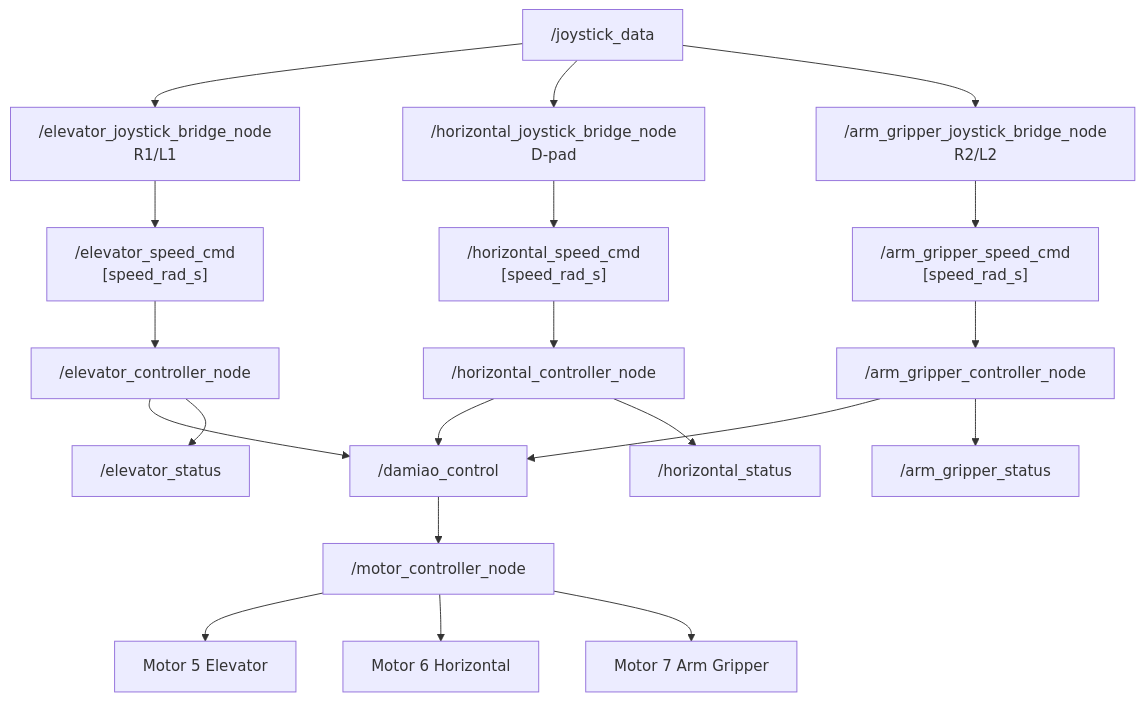
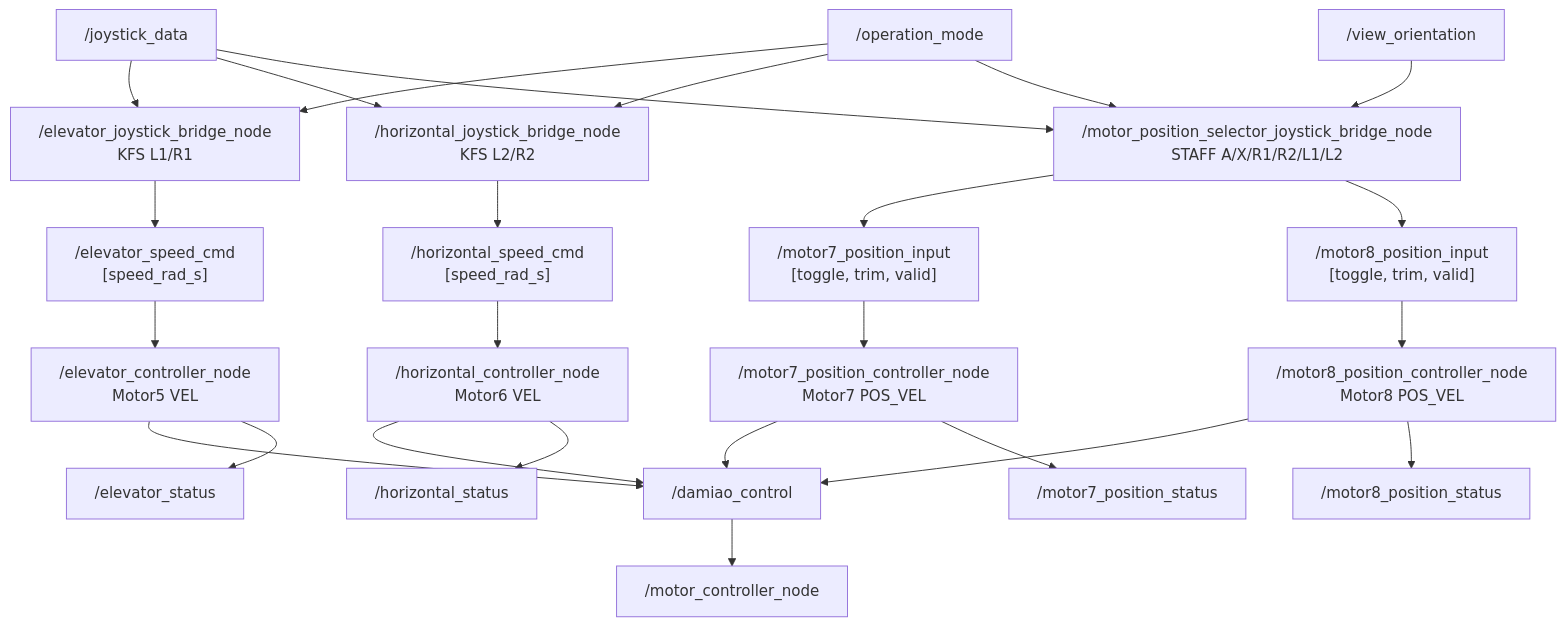
The third of 11 diagrams in NODE_GRAPH.md (herolch07/joystck_controller), drawn with Mermaid before and after one commit. The commit also changed other lines of this file and 18 other files, not shown here.

````diff
--- a/NODE_GRAPH.md
+++ b/NODE_GRAPH.md
@@ -106,36 +123,45 @@
 ```mermaid
 flowchart TD
     Joy["/joystick_data"]
+    Mode["/operation_mode"]
+    View["/view_orientation"]
 
-    EBridge["/elevator_joystick_bridge_node<br/>R1/L1"]
+    EBridge["/elevator_joystick_bridge_node<br/>KFS L1/R1"]
     ECmd["/elevator_speed_cmd<br/>[speed_rad_s]"]
-    ECtrl["/elevator_controller_node"]
+    ECtrl["/elevator_controller_node<br/>Motor5 VEL"]
     EStatus["/elevator_status"]
-    M5["Motor 5 Elevator"]
 
-    HBridge["/horizontal_joystick_bridge_node<br/>D-pad"]
+    HBridge["/horizontal_joystick_bridge_node<br/>KFS L2/R2"]
     HCmd["/horizontal_speed_cmd<br/>[speed_rad_s]"]
-    HCtrl["/horizontal_controller_node"]
+    HCtrl["/horizontal_controller_node<br/>Motor6 VEL"]
     HStatus["/horizontal_status"]
-    M6["Motor 6 Horizontal"]
 
-    GBridge["/arm_gripper_joystick_bridge_node<br/>R2/L2"]
-    GCmd["/arm_gripper_speed_cmd<br/>[speed_rad_s]"]
-    GCtrl["/arm_gripper_controller_node"]
-    GStatus["/arm_gripper_status"]
-    M7["Motor 7 Arm Gripper"]
+    PosBridge["/motor_position_selector_joystick_bridge_node<br/>STAFF A/X/R1/R2/L1/L2"]
+    M7Input["/motor7_position_input<br/>[toggle, trim, valid]"]
+    M8Input["/motor8_position_input<br/>[toggle, trim, valid]"]
+    M7Ctrl["/motor7_position_controller_node<br/>Motor7 POS_VEL"]
+    M8Ctrl["/motor8_position_controller_node<br/>Motor8 POS_VEL"]
+    M7Status["/motor7_position_status"]
+    M8Status["/motor8_position_status"]
 
     Damiao["/damiao_control"]
     Driver["/motor_controller_node"]
 
-    Joy --> EBridge --> ECmd --> ECtrl --> Damiao --> Driver --> M5
+    Joy --> EBridge
+    Mode --> EBridge
+    EBridge --> ECmd --> ECtrl --> Damiao --> Driver
     ECtrl --> EStatus
 
-    Joy --> HBridge --> HCmd --> HCtrl --> Damiao
-    Driver --> M6
+    Joy --> HBridge
+    Mode --> HBridge
+    HBridge --> HCmd --> HCtrl --> Damiao
     HCtrl --> HStatus
 
-    Joy --> GBridge --> GCmd --> GCtrl --> Damiao
-    Driver --> M7
-    GCtrl --> GStatus
+    Joy --> PosBridge
+    Mode --> PosBridge
+    View --> PosBridge
+    PosBridge --> M7Input --> M7Ctrl --> Damiao
+    PosBridge --> M8Input --> M8Ctrl --> Damiao
+    M7Ctrl --> M7Status
+    M8Ctrl --> M8Status
 ```
````
